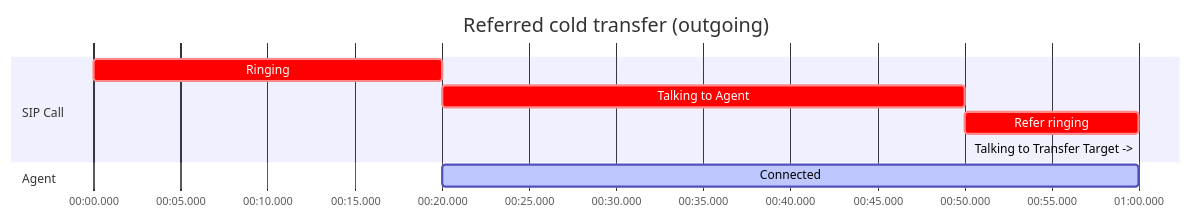
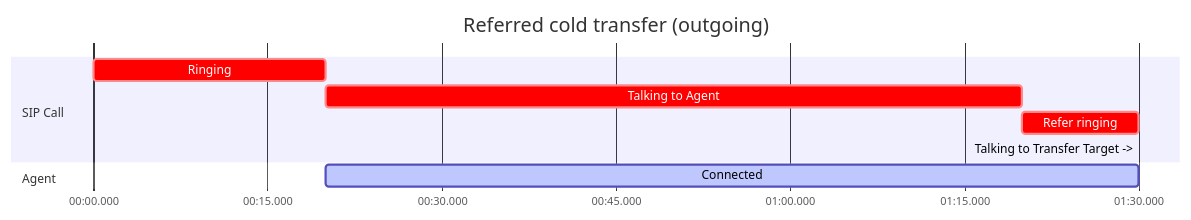
One commit to fixie-ai/ultradox changed the third of 7 diagrams in telephony/sip.mdx. Above: the diagram before and after it, drawn with Mermaid. The commit also changed other lines of this file, not shown here.

````diff
--- a/telephony/sip.mdx
+++ b/telephony/sip.mdx
@@ -174,15 +174,15 @@
 ```mermaid
 gantt
     title Referred cold transfer (outgoing)
     dateFormat x
     axisFormat %M:%S.%L
 
     section SIP Call
     Ringing                    :crit, 0, 20000ms
-    Talking to Agent           :crit, 30000ms
+    Talking to Agent           :crit, 60000ms
     Refer ringing              :crit, 10000ms
     Talking to Transfer Target -> :crit, 0ms
 
     section Agent
-    Connected                  :active, 20000, 40000ms
+    Connected                  :active, 20000, 70000ms
 ```
````
